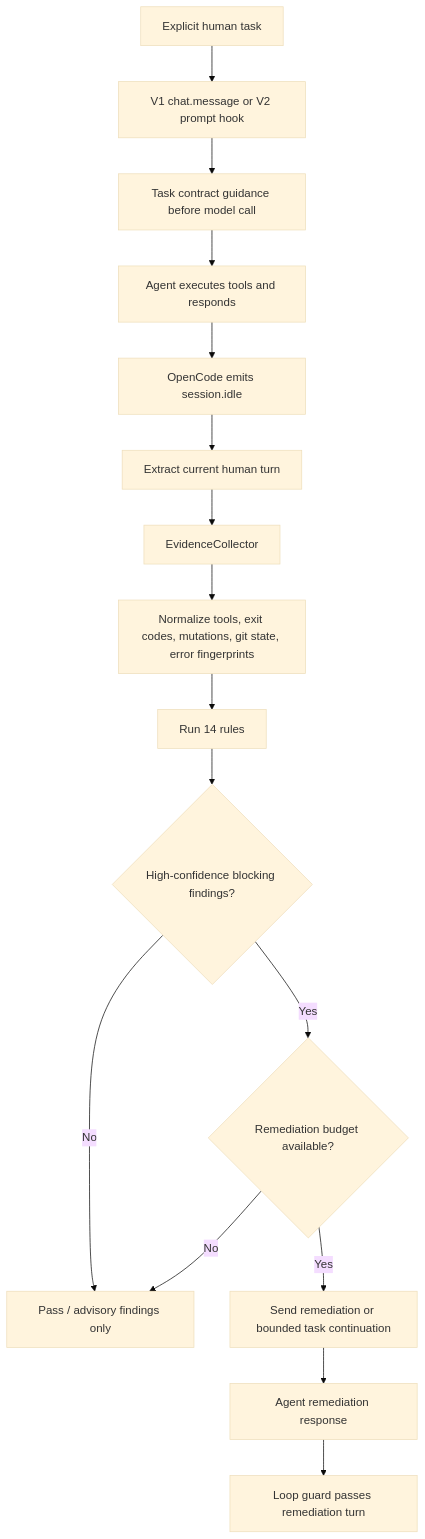
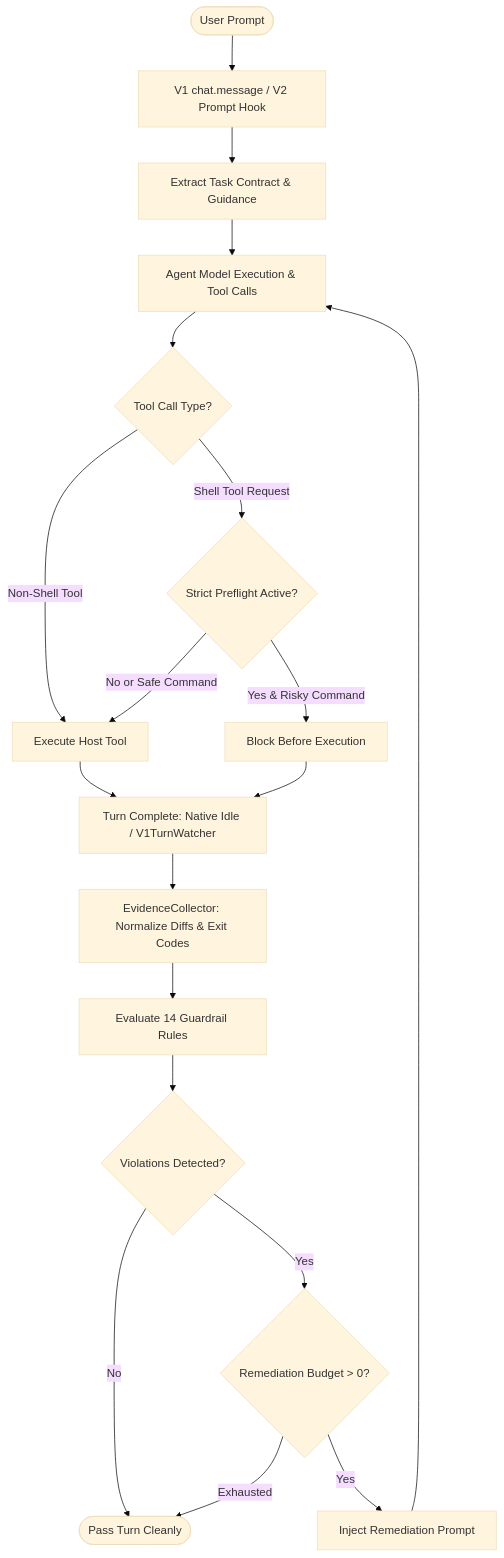
Before and after one commit to qunqin24/opendock: the diagram in src/data/readme/opencode-guardian.md, drawn with Mermaid (base theme). The commit also changed other lines of this file and 78 other files, not shown here.

````diff
--- a/src/data/readme/opencode-guardian.md
+++ b/src/data/readme/opencode-guardian.md
@@ -234,18 +312,26 @@
 ```mermaid
 flowchart TD
-    Z[Explicit human task] --> Y[V1 chat.message or V2 prompt hook]
-    Y --> X[Task contract guidance before model call]
-    X --> A[Agent executes tools and responds]
-    A --> B[OpenCode emits session.idle]
-    B --> C[Extract current human turn]
-    C --> D[EvidenceCollector]
-    D --> E[Normalize tools, exit codes, mutations, git state, error fingerprints]
-    E --> F[Run 14 rules]
-    F --> G{High-confidence blocking findings?}
-    G -->|No| H[Pass / advisory findings only]
-    G -->|Yes| I{Remediation budget available?}
-    I -->|No| H
-    I -->|Yes| J[Send remediation or bounded task continuation]
-    J --> K[Agent remediation response]
-    K --> L[Loop guard passes remediation turn]
+    User([User Prompt]) --> PreHook[V1 chat.message / V2 Prompt Hook]
+    PreHook --> Contract[Extract Task Contract & Guidance]
+    Contract --> Agent[Agent Model Execution & Tool Calls]
+
+    Agent --> ToolCall{Tool Call Type?}
+    ToolCall -->|Non-Shell Tool| ExecTool[Execute Host Tool]
+    ToolCall -->|Shell Tool Request| PreflightCheck{Strict Preflight Active?}
+
+    PreflightCheck -->|Yes & Risky Command| BlockPreflight[Block Before Execution]
+    PreflightCheck -->|No or Safe Command| ExecTool
+
+    ExecTool --> TurnEnd[Turn Complete: Native Idle / V1TurnWatcher]
+    BlockPreflight --> TurnEnd
+
+    TurnEnd --> Collector[EvidenceCollector: Normalize Diffs & Exit Codes]
+    Collector --> Evaluator[Evaluate 14 Guardrail Rules]
+
+    Evaluator --> Decision{Violations Detected?}
+    Decision -->|No| Pass([Pass Turn Cleanly])
+    Decision -->|Yes| Budget{Remediation Budget > 0?}
+    Budget -->|Yes| Remediate[Inject Remediation Prompt]
+    Budget -->|Exhausted| Pass
+    Remediate --> Agent
 ```
````
